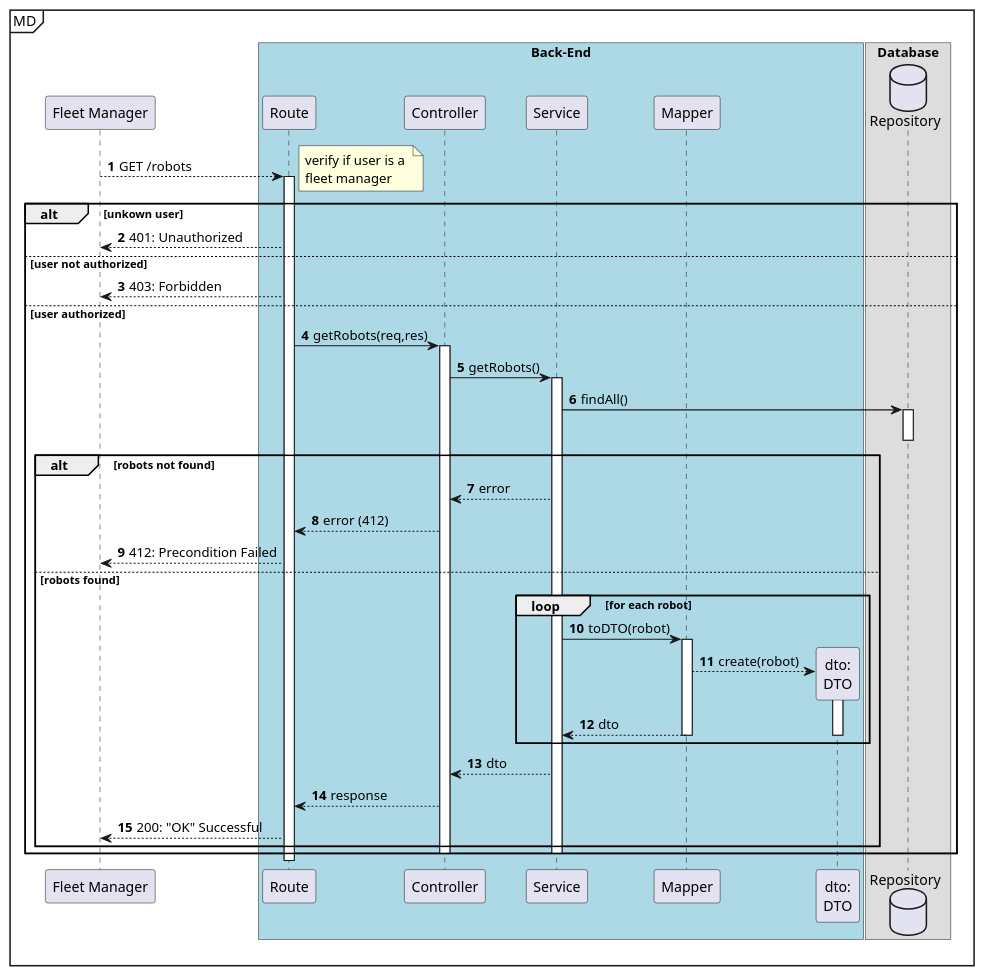
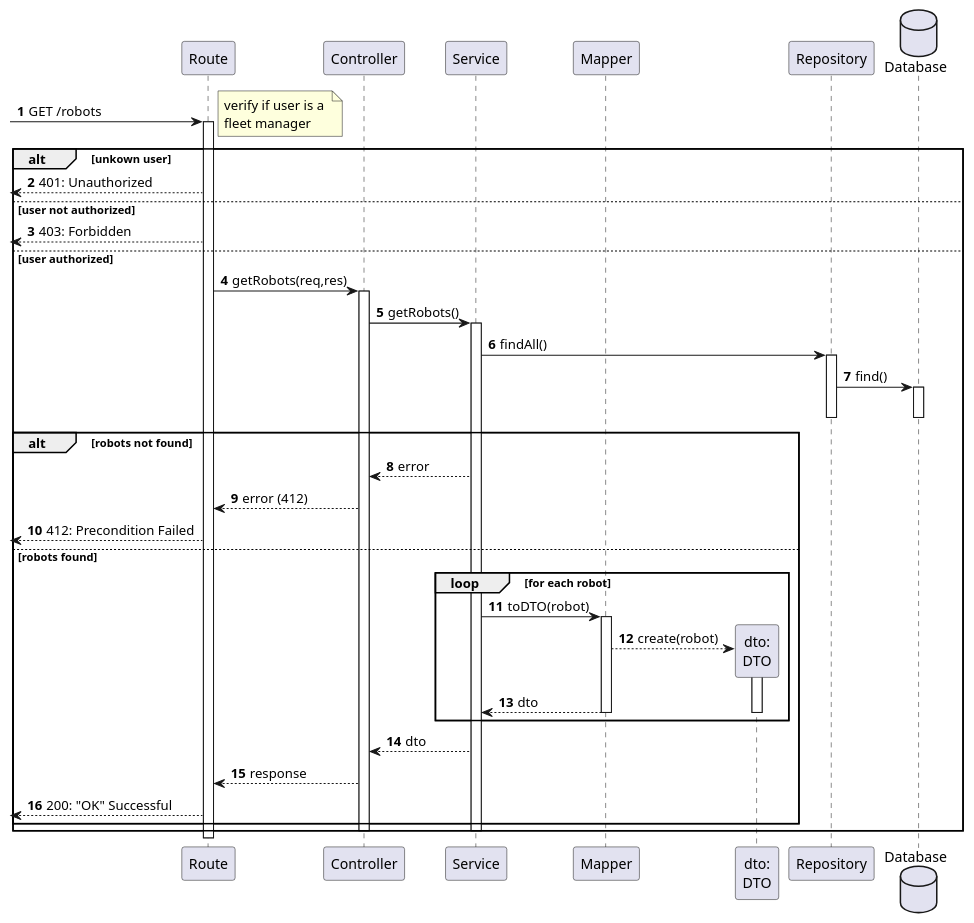
One commit to Departamento-de-Engenharia-Informatica/lapr5-23-24-g19 changed the diagram in docs/us380/level3/process-view.puml. Above: the diagram before and after it, drawn with PlantUML. The commit also changed 7 other files, not shown here.

```diff
--- a/docs/us380/level3/process-view.puml
+++ b/docs/us380/level3/process-view.puml
@@ -1,63 +1,62 @@
 @startuml
 autonumber
 
-participant "Fleet Manager" as ui
 
-mainframe MD
-box "Back-End" #LightBlue
+
+
 participant "Route" as r
 participant "Controller" as ctrl
 participant "Service" as svc
-
 participant "Mapper" as map
 participant "dto:\nDTO" as dto
-end box
+participant "Repository" as repo
+database "Database" as db
 
-box "Database"
-database "Repository" as repo
-end box
 
-ui--> r: GET /robots
+[-> r: GET /robots
     activate r
 note right : verify if user is a \nfleet manager
     alt unkown user
-        r --> ui : 401: Unauthorized
+        [<-- r : 401: Unauthorized
     else user not authorized
-        r --> ui : 403: Forbidden
+        [<-- r : 403: Forbidden
     else user authorized
         r -> ctrl : getRobots(req,res)
         activate ctrl
             ctrl -> svc : getRobots()
             activate svc
                 svc -> repo : findAll()
                 activate repo
+                    repo -> db: find()
+                    activate db
+                    deactivate db
                 deactivate repo
 
                 alt robots not found
                     svc --> ctrl : error
                     ctrl --> r : error (412)
-                    ui<--r : 412: Precondition Failed
+                    [<-- r : 412: Precondition Failed
                 else robots found
 
                 loop for each robot
 
                         svc -> map : toDTO(robot)
 
 
                     activate map
                         map --> dto** : create(robot)
                         activate dto
                             map --> svc : dto
                         deactivate dto
                     deactivate map
                 end loop
                     svc --> ctrl : dto
                     ctrl --> r : response
-                    ui<-- r : 200: "OK" Successful
+                    [<-- r : 200: "OK" Successful
                 end
             deactivate svc
         deactivate ctrl
         end
     deactivate r
 
 @enduml
```
